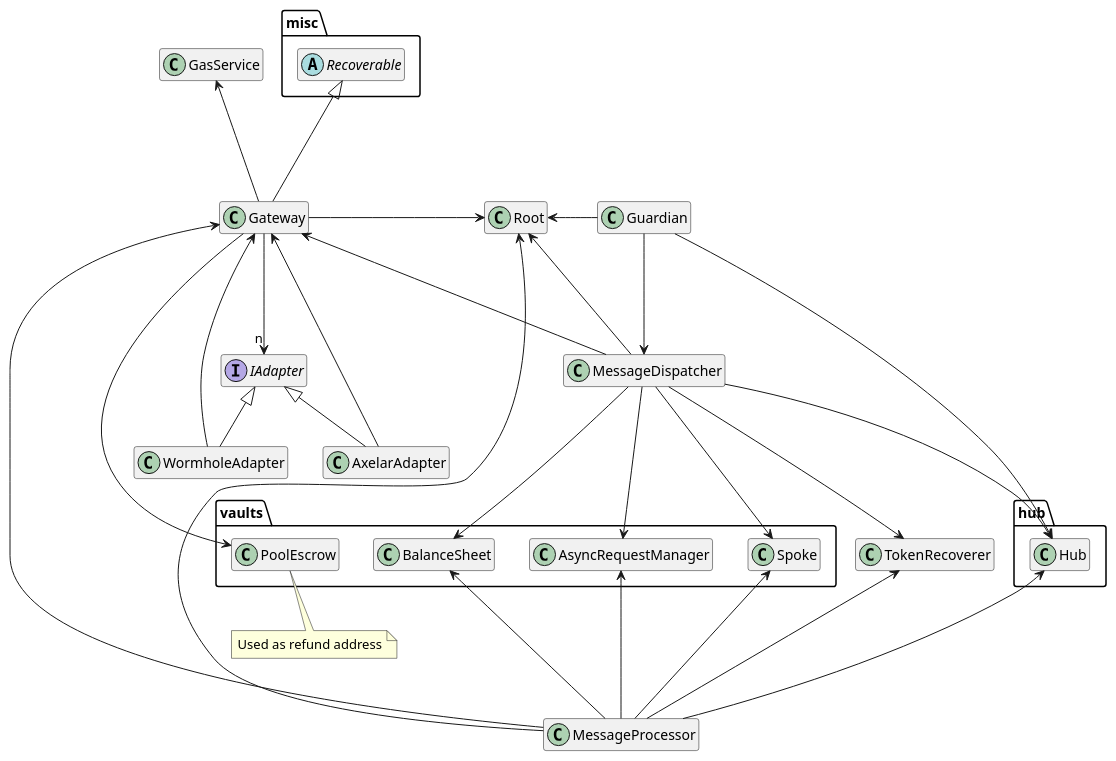
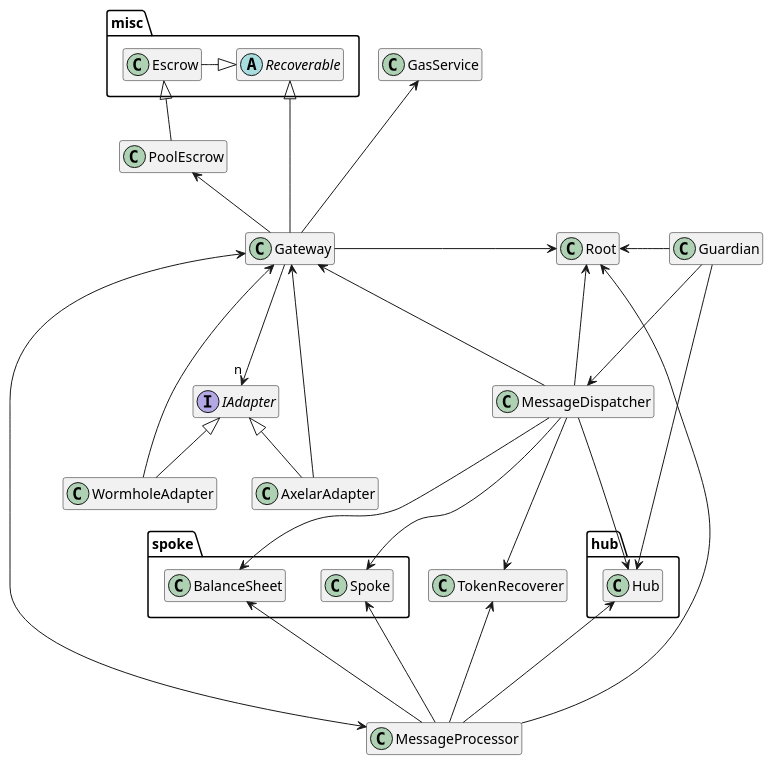
Before and after one commit to centrifuge/protocol: the diagram in docs/architecture/common.puml, drawn with PlantUML. The commit also changed 9 other files, not shown here.

First line of the commit message:
Docs: update diagrams (#451)

```diff
--- a/docs/architecture/common.puml
+++ b/docs/architecture/common.puml
@@ -1,65 +1,64 @@
 @startuml
 hide empty members
 
 package misc {
     abstract Recoverable
+    class Escrow
 }
 
 package hub {
     class Hub
 }
 
-package vaults {
-    class PoolEscrow
+package spoke {
     class Spoke
-    class AsyncRequestManager
     class BalanceSheet
 }
 
 interface IAdapter
 
 class TokenRecoverer
 class Root
 class MessageDispatcher
 class MessageProcessor
 class Gateway
 class AxelarAdapter
 class WormholeAdapter
 class Guardian
 class GasService
+class PoolEscrow
 
 AxelarAdapter -up-|> IAdapter
 AxelarAdapter -up--> Gateway
 
 WormholeAdapter -up-|> IAdapter
 WormholeAdapter -up--> Gateway
 
 MessageProcessor --up-> Root
 MessageProcessor --up-> TokenRecoverer
 MessageProcessor --up-> Hub
 MessageProcessor --up-> Spoke
-MessageProcessor --up-> AsyncRequestManager
 MessageProcessor --up-> BalanceSheet
-MessageProcessor --up-> Gateway
+MessageProcessor <--up-> Gateway
 
 MessageDispatcher ---> Root
 MessageDispatcher ---> TokenRecoverer
 MessageDispatcher ---> Gateway
 MessageDispatcher ---> Hub
 MessageDispatcher ---> Spoke
-MessageDispatcher ---> AsyncRequestManager
 MessageDispatcher ---> BalanceSheet
 
 Guardian ---> Hub
 Guardian -left---> Root
 Guardian ---> MessageDispatcher
 
 Gateway -up--> GasService
 Gateway -up--|> Recoverable
 Gateway -right-> Root
 Gateway -down-->"n" IAdapter
-Gateway --> PoolEscrow
+Gateway -up->PoolEscrow
 
-note bottom of PoolEscrow: Used as refund address
+PoolEscrow -up-|> Escrow
+Escrow -right-|> Recoverable
 
 @enduml
```
